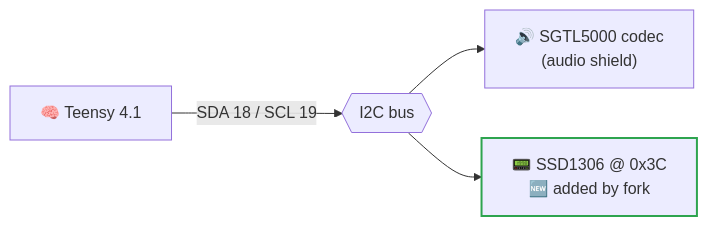
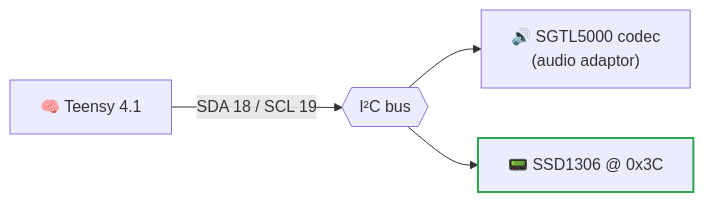
The second of 2 diagrams in README.md (luigismith/ichosynth), drawn with Mermaid before and after one commit. The commit also changed other lines of this file and 17 other files, not shown here.

````diff
--- a/README.md
+++ b/README.md
@@ -165,8 +188,8 @@
 ```mermaid
 flowchart LR
-    T["🧠 Teensy 4.1"] -- "SDA 18 / SCL 19" --> BUS{{"I2C bus"}}
-    BUS --> CODEC["🔊 SGTL5000 codec<br/>(audio shield)"]
-    BUS --> OLED["📟 SSD1306 @ 0x3C<br/>🆕 added by fork"]
+    T["🧠 Teensy 4.1"] -- "SDA 18 / SCL 19" --> BUS{{"I²C bus"}}
+    BUS --> CODEC["🔊 SGTL5000 codec<br/>(audio adaptor)"]
+    BUS --> OLED["📟 SSD1306 @ 0x3C"]
 
     style OLED stroke:#2ea44f,stroke-width:2px
 ```
````
